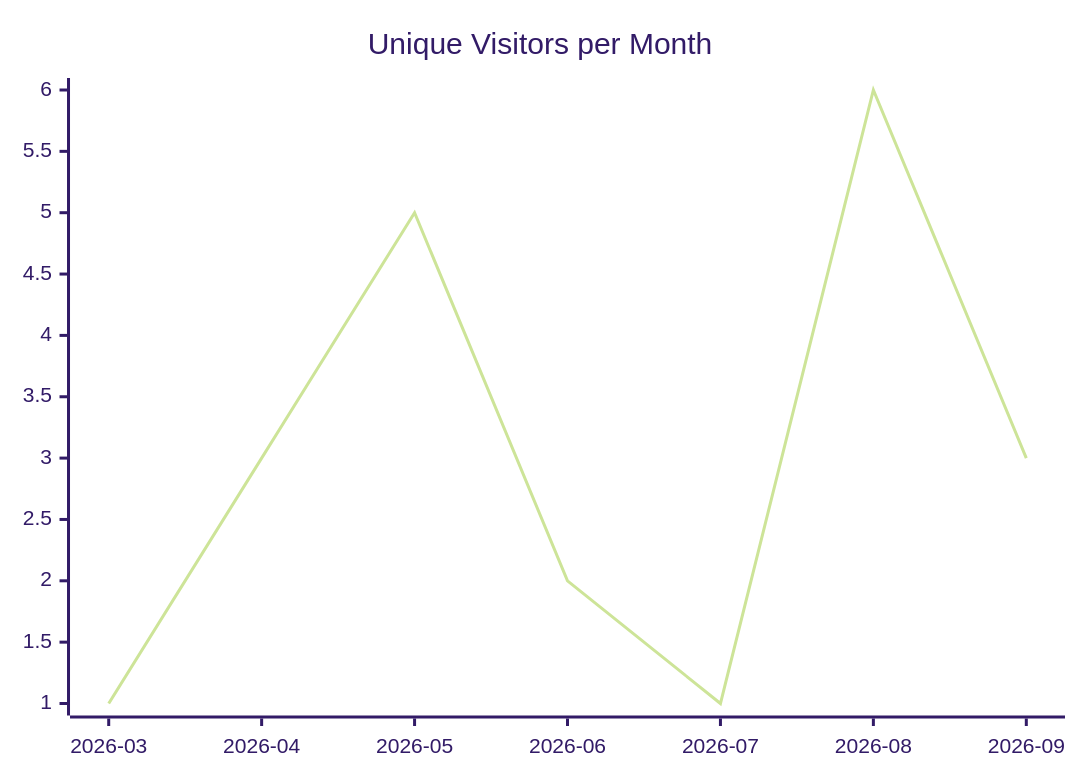
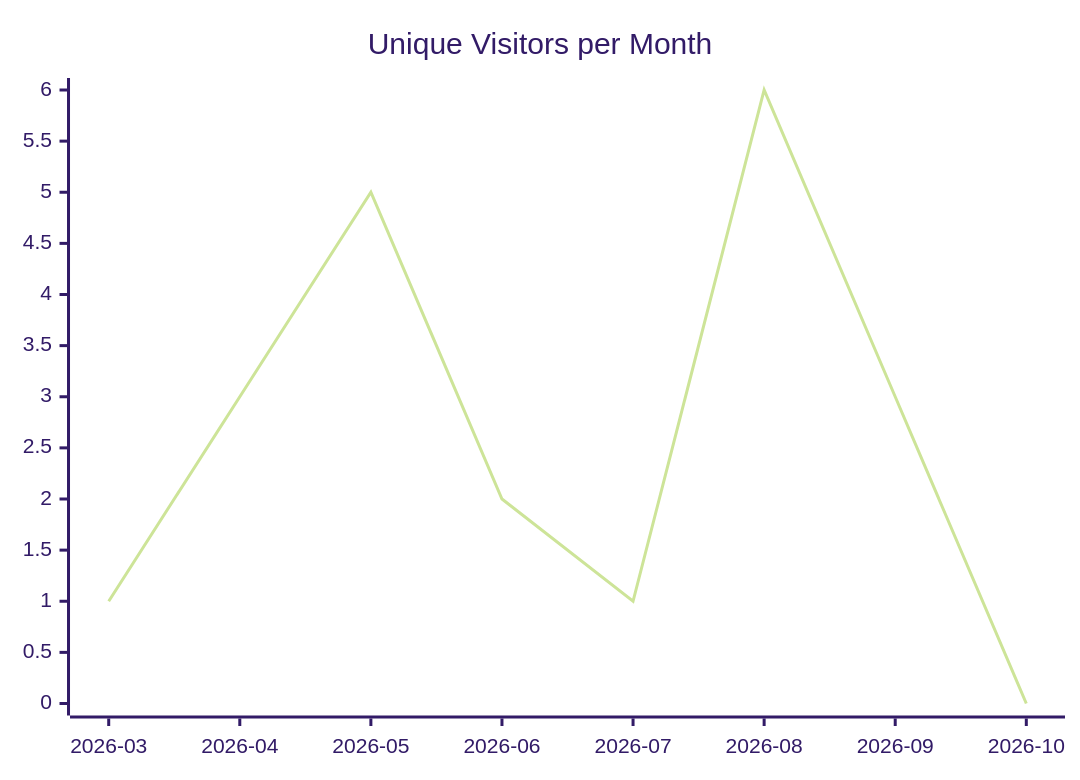
The first of 3 diagrams in justdavis-family/justdavis/README.md (justdavis-family/github-analytics-data), drawn with Mermaid (forest theme) before and after one commit. The commit also changed other lines of this file and 202 other files, not shown here.

````diff
--- a/justdavis-family/justdavis/README.md
+++ b/justdavis-family/justdavis/README.md
@@ -5,6 +5,6 @@
 ```mermaid
 xychart-beta
   title "Unique Visitors per Month"
-  x-axis ["2026-03", "2026-04", "2026-05", "2026-06", "2026-07", "2026-08", "2026-09"]
-  line [1, 3, 5, 2, 1, 6, 3]
+  x-axis ["2026-03", "2026-04", "2026-05", "2026-06", "2026-07", "2026-08", "2026-09", "2026-10"]
+  line [1, 3, 5, 2, 1, 6, 3, 0]
 ```
````
